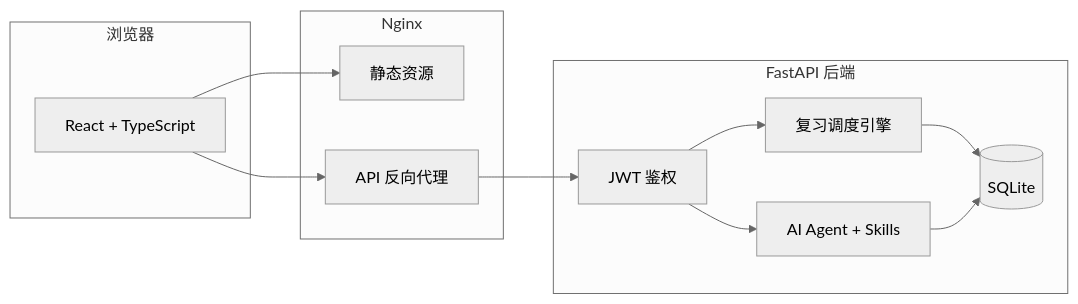
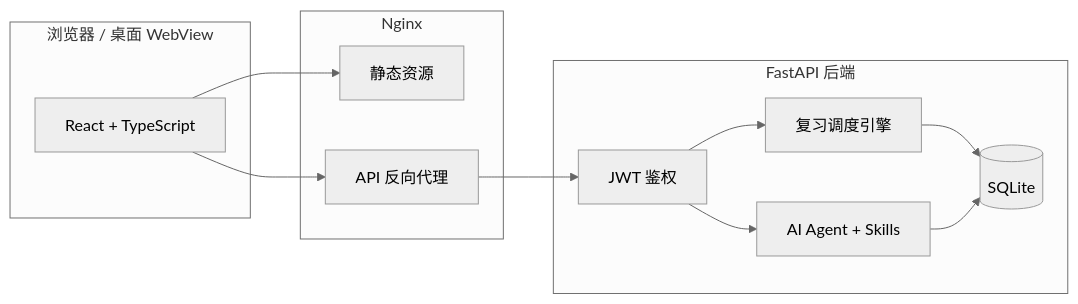
The diagram in README.md (wx971025/yike), drawn with Mermaid (neutral theme) before and after one commit. The commit also changed other lines of this file and 3 other files, not shown here.

````diff
--- a/README.md
+++ b/README.md
@@ -116,26 +141,26 @@
 ```mermaid
 flowchart LR
-    subgraph Client["浏览器"]
+    subgraph Client["浏览器 / 桌面 WebView"]
         UI[React + TypeScript]
     end
 
     subgraph Gateway["Nginx"]
         Static[静态资源]
         Proxy[API 反向代理]
     end
 
     subgraph Server["FastAPI 后端"]
         Auth[JWT 鉴权]
         Review[复习调度引擎]
         AI[AI Agent + Skills]
         DB[(SQLite)]
     end
 
     UI --> Static
     UI --> Proxy
     Proxy --> Auth
     Auth --> Review
     Auth --> AI
     Review --> DB
     AI --> DB
 ```
````
